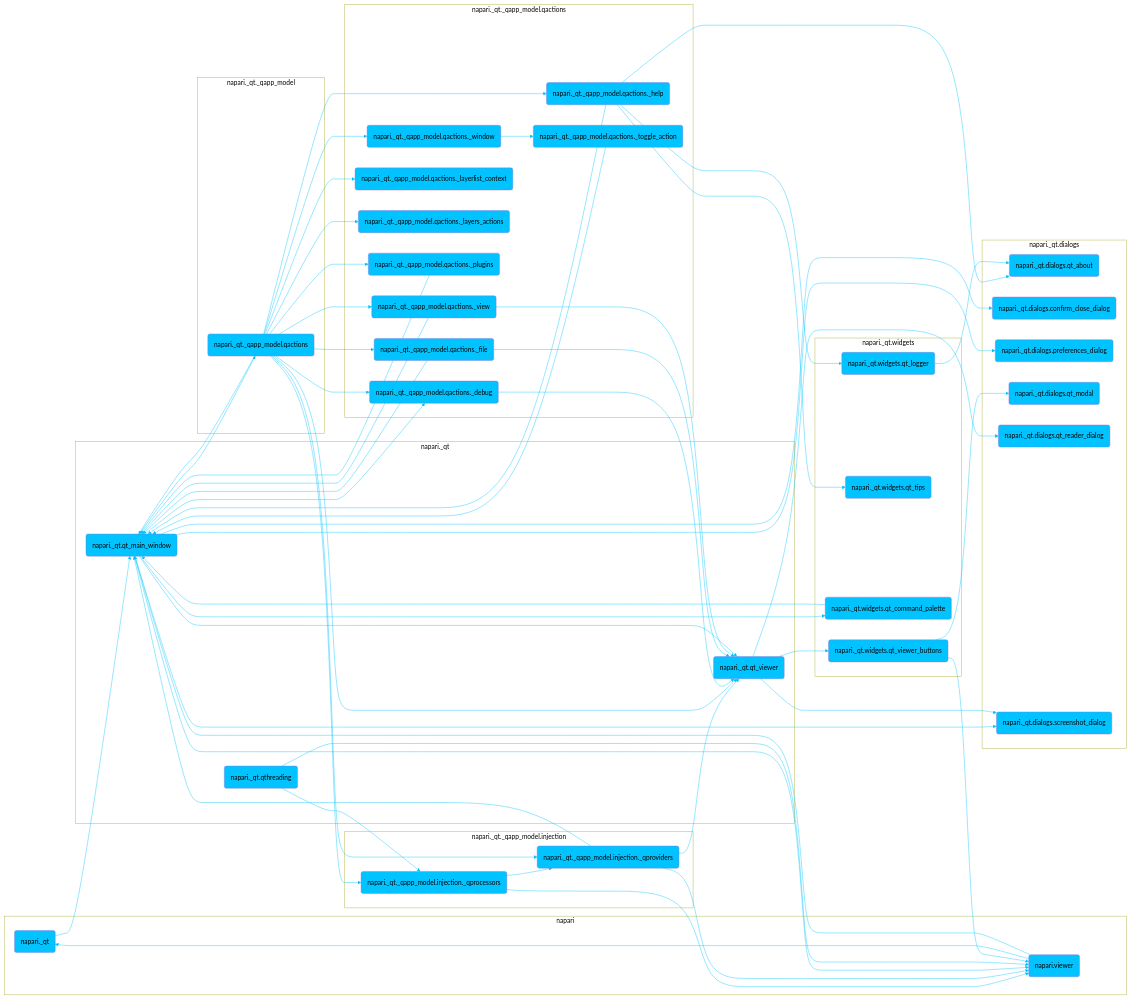
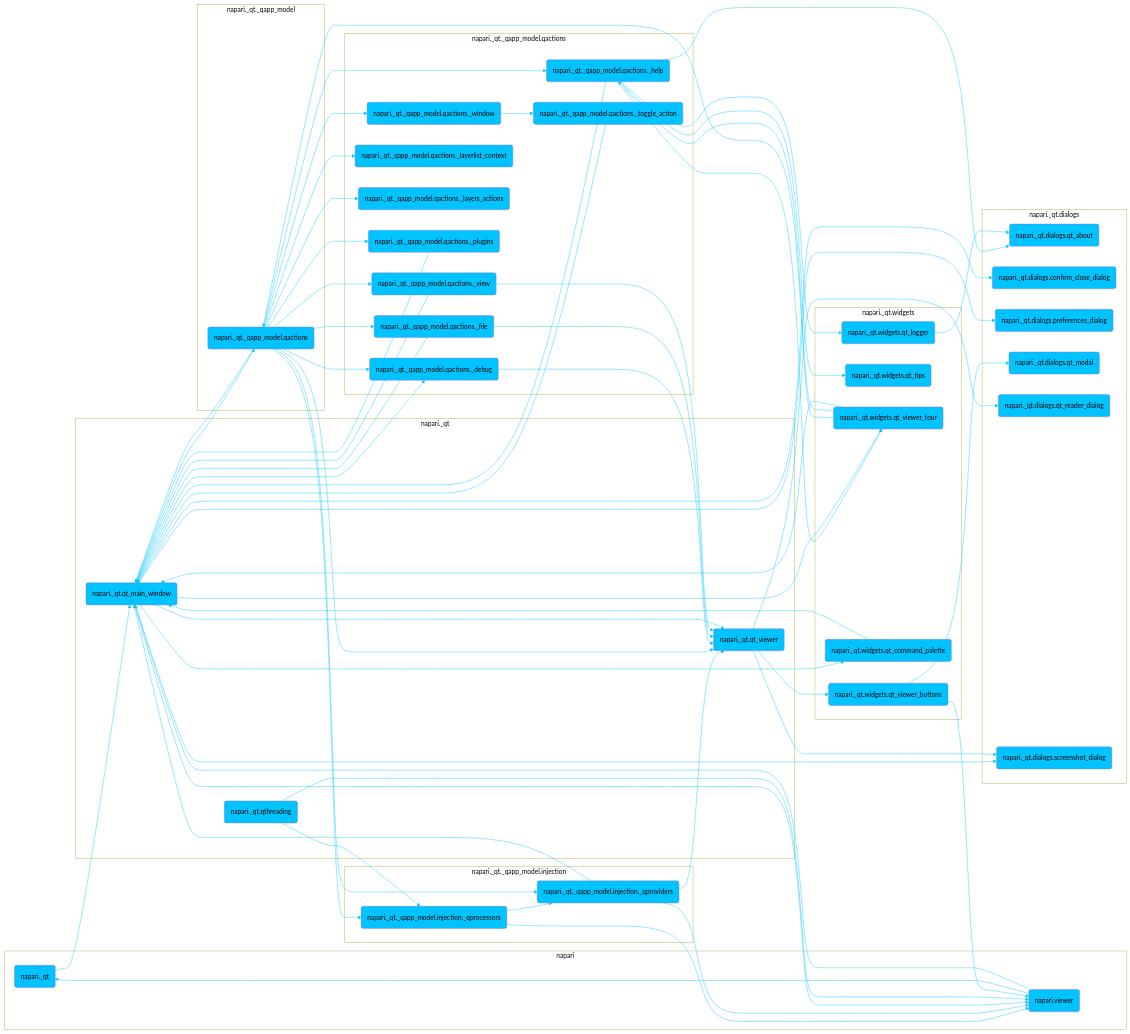
One commit to napari/napari.github.io changed the diagram in dev/_sources/developers/architecture/ui_sections/application_menus_ui.md. Above: the diagram before and after it, drawn with Mermaid. The commit also changed other lines of this file and 743 other files, not shown here.

```diff
--- a/dev/_sources/developers/architecture/ui_sections/application_menus_ui.md
+++ b/dev/_sources/developers/architecture/ui_sections/application_menus_ui.md
@@ -42,6 +42,7 @@
 	napari._qt._qapp_model.qactions._help --> napari._qt.qt_main_window
 	napari._qt._qapp_model.qactions._help --> napari._qt.widgets.qt_logger
 	napari._qt._qapp_model.qactions._help --> napari._qt.widgets.qt_tips
+	napari._qt._qapp_model.qactions._help --> napari._qt.widgets.qt_viewer_tour
 	click napari._qt._qapp_model.qactions._help "https://github.com/napari/napari/tree/main/napari/_qt/_qapp_model/qactions/_help.py" _blank
 	napari._qt._qapp_model.qactions._layerlist_context(napari._qt._qapp_model.qactions._layerlist_context)
 	click napari._qt._qapp_model.qactions._layerlist_context "https://github.com/napari/napari/tree/main/napari/_qt/_qapp_model/qactions/_layerlist_context.py" _blank
@@ -80,6 +81,7 @@
 	napari._qt.qt_main_window --> napari._qt.dialogs.screenshot_dialog
 	napari._qt.qt_main_window --> napari._qt.qt_viewer
 	napari._qt.qt_main_window --> napari._qt.widgets.qt_command_palette
+	napari._qt.qt_main_window --> napari._qt.widgets.qt_viewer_tour
 	napari._qt.qt_main_window --> napari.viewer
 	click napari._qt.qt_main_window "https://github.com/napari/napari/tree/main/napari/_qt/qt_main_window.py" _blank
 	napari._qt.qt_viewer(napari._qt.qt_viewer)
@@ -103,6 +105,11 @@
 	napari._qt.widgets.qt_viewer_buttons --> napari._qt.dialogs.qt_modal
 	napari._qt.widgets.qt_viewer_buttons --> napari.viewer
 	click napari._qt.widgets.qt_viewer_buttons "https://github.com/napari/napari/tree/main/napari/_qt/widgets/qt_viewer_buttons.py" _blank
+	napari._qt.widgets.qt_viewer_tour(napari._qt.widgets.qt_viewer_tour)
+	napari._qt.widgets.qt_viewer_tour --> napari._qt._qapp_model.qactions
+	napari._qt.widgets.qt_viewer_tour --> napari._qt._qapp_model.qactions._help
+	napari._qt.widgets.qt_viewer_tour --> napari._qt.qt_main_window
+	click napari._qt.widgets.qt_viewer_tour "https://github.com/napari/napari/tree/main/napari/_qt/widgets/qt_viewer_tour.py" _blank
 	napari.viewer(napari.viewer)
 	napari.viewer --> napari._qt
 	napari.viewer --> napari._qt.qt_main_window
@@ -153,6 +160,7 @@
 		 napari._qt.widgets.qt_logger
 		 napari._qt.widgets.qt_tips
 		 napari._qt.widgets.qt_viewer_buttons
+		 napari._qt.widgets.qt_viewer_tour
 	end
 	class module.napari._qt.widgets subgraphs
 	classDef subgraphs fill:white,strock:black,color:black;	classDef default fill:#00c3ff,color:black;
```
